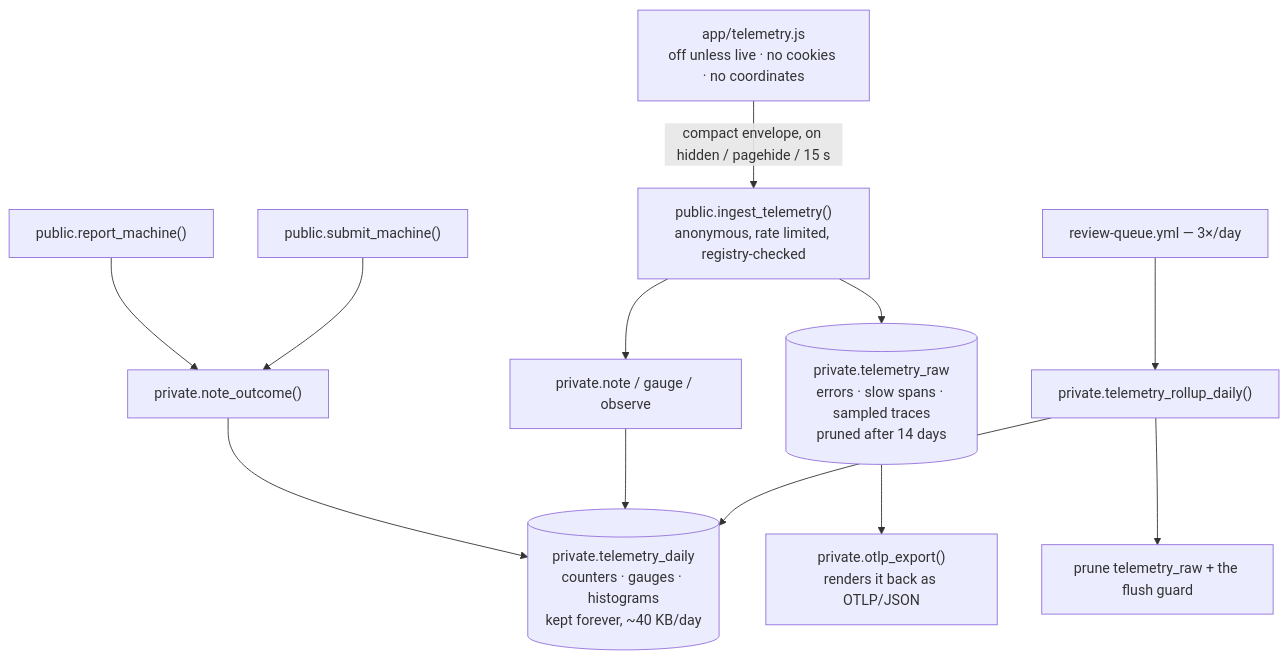
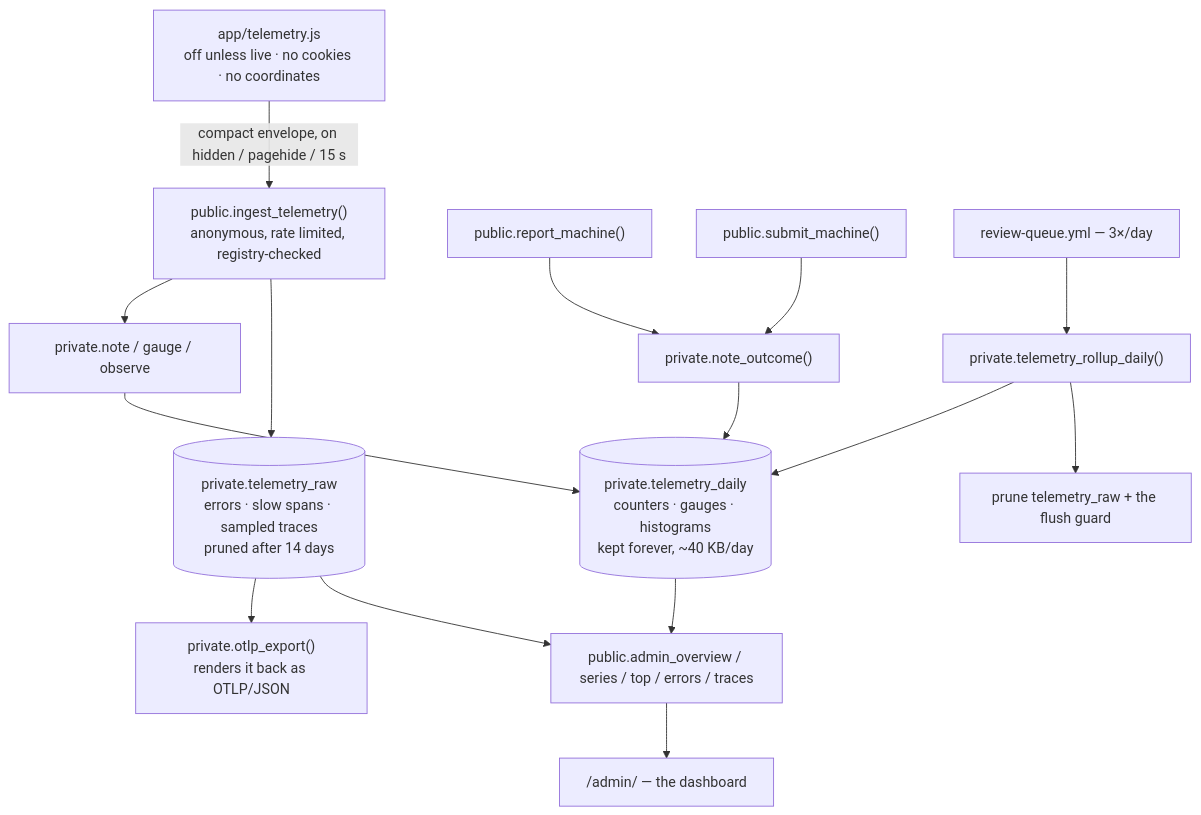
One commit to isabelhdias/voltacheck changed the eighth of 9 diagrams in docs/diagrams.md. Above: the diagram before and after it, drawn with Mermaid. The commit also changed other lines of this file and 20 other files, not shown here.

First line of the commit message:
Add the admin dashboard at /admin/, gated by Postgres

````diff
--- a/docs/diagrams.md
+++ b/docs/diagrams.md
@@ -221,15 +224,18 @@
 ```mermaid
 flowchart TD
   app["app/telemetry.js<br/>off unless live · no cookies · no coordinates"]
   app -->|"compact envelope, on hidden / pagehide / 15 s"| ing
   rep["public.report_machine()"] --> note["private.note_outcome()"]
   sub["public.submit_machine()"] --> note
   ing["public.ingest_telemetry()<br/>anonymous, rate limited, registry-checked"] --> note2["private.note / gauge / observe"]
   note --> daily[("private.telemetry_daily<br/>counters · gauges · histograms<br/>kept forever, ~40 KB/day")]
   note2 --> daily
   ing --> raw[("private.telemetry_raw<br/>errors · slow spans · sampled traces<br/>pruned after 14 days")]
   cron["review-queue.yml — 3×/day"] --> roll["private.telemetry_rollup_daily()"]
   roll --> daily
   roll --> prune["prune telemetry_raw + the flush guard"]
   raw --> otlp["private.otlp_export()<br/>renders it back as OTLP/JSON"]
+  daily --> read["public.admin_overview / series / top / errors / traces"]
+  raw --> read
+  read --> panel["/admin/ — the dashboard"]
 ```
````
